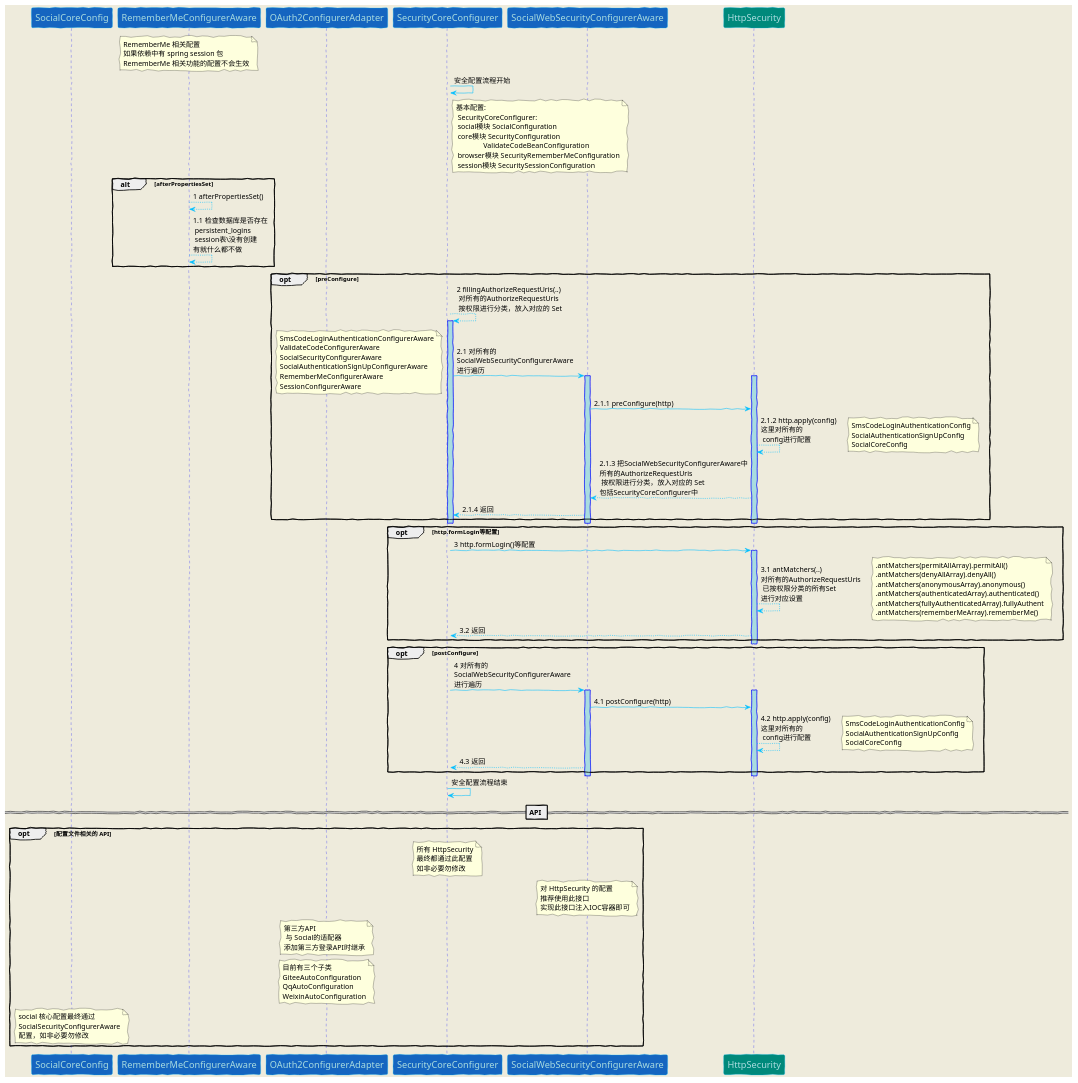
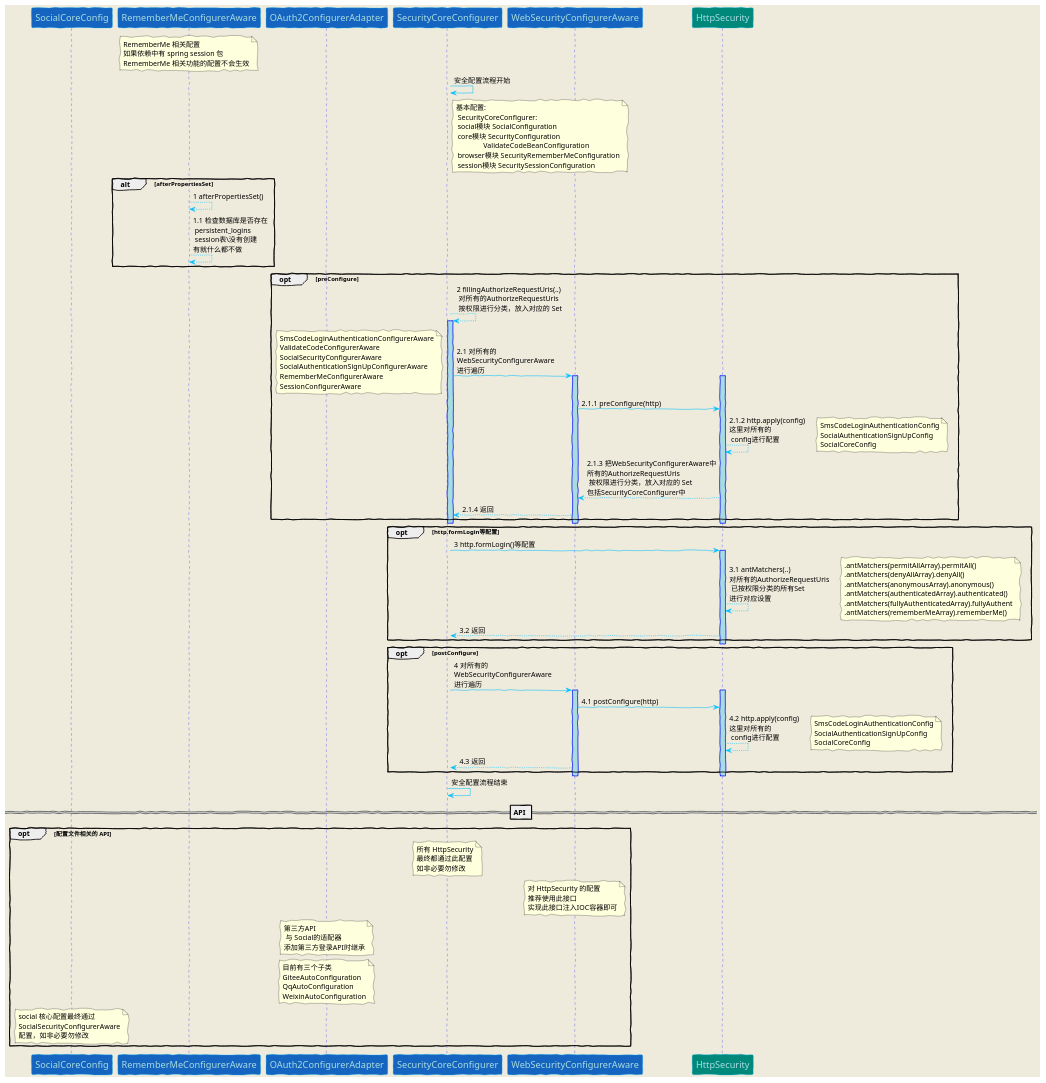
The diagram in doc/scurityConfigurer.puml (ZeroOrInfinity/UMS), drawn with PlantUML before and after one commit. The commit also changed 57 other files, not shown here.

```diff
--- a/doc/scurityConfigurer.puml
+++ b/doc/scurityConfigurer.puml
@@ -1,108 +1,108 @@
 @startuml
 
 skinparam backgroundColor #EEEBDC
 skinparam handwritten true
 skinparam sequence {
 ArrowColor DeepSkyBlue
 ActorBorderColor DeepSkyBlue
 LifeLineBorderColor blue
 LifeLineBackgroundColor #A9DCDF
 ParticipantBorderColor DeepSkyBlue
 ParticipantBackgroundColor #00897b
 ParticipantFontName Impact
 ParticipantFontSize 17
 ParticipantFontColor #A9DCDF
 ActorBackgroundColor aqua
 ActorFontColor DeepSkyBlue
 ActorFontSize 17
 ActorFontName Aapex
 }
 participant "SocialCoreConfig"  #1565c0
 participant "RememberMeConfigurerAware"  #1565c0
 note over RememberMeConfigurerAware: RememberMe 相关配置\n\
 如果依赖中有 spring session 包\n\
 RememberMe 相关功能的配置不会生效
 
 participant "OAuth2ConfigurerAdapter"  #1565c0
 
 participant "SecurityCoreConfigurer" #1565c0
 SecurityCoreConfigurer -> SecurityCoreConfigurer: 安全配置流程开始
 note right SecurityCoreConfigurer: 基本配置:\n SecurityCoreConfigurer: \n\
  social模块 SocialConfiguration\n core模块 SecurityConfiguration\n\
                ValidateCodeBeanConfiguration\n browser模块 SecurityRememberMeConfiguration\n\
  session模块 SecuritySessionConfiguration
 alt afterPropertiesSet
 RememberMeConfigurerAware --> RememberMeConfigurerAware: 1 afterPropertiesSet()
 RememberMeConfigurerAware --> RememberMeConfigurerAware: 1.1 检查数据库是否存在\n persistent_logins\n session表\没有创建\n有就什么都不做
 end
 activate SecurityCoreConfigurer
 opt preConfigure
 SecurityCoreConfigurer --> SecurityCoreConfigurer: 2 fillingAuthorizeRequestUris(..)\n 对所有的AuthorizeRequestUris\n 按权限进行分类，放入对应的 Set
 activate SecurityCoreConfigurer
-participant "SocialWebSecurityConfigurerAware" #1565c0
-SecurityCoreConfigurer -> SocialWebSecurityConfigurerAware: 2.1 对所有的\nSocialWebSecurityConfigurerAware\n进行遍历
+participant "WebSecurityConfigurerAware" #1565c0
+SecurityCoreConfigurer -> WebSecurityConfigurerAware: 2.1 对所有的\nWebSecurityConfigurerAware\n进行遍历
 note left : SmsCodeLoginAuthenticationConfigurerAware\n\
 ValidateCodeConfigurerAware\n\
 SocialSecurityConfigurerAware\n\
 SocialAuthenticationSignUpConfigurerAware\n\
 RememberMeConfigurerAware\n\
 SessionConfigurerAware
-activate SocialWebSecurityConfigurerAware
+activate WebSecurityConfigurerAware
 activate HttpSecurity
-SocialWebSecurityConfigurerAware -> HttpSecurity: 2.1.1 preConfigure(http)
+WebSecurityConfigurerAware -> HttpSecurity: 2.1.1 preConfigure(http)
 HttpSecurity --> HttpSecurity: 2.1.2 http.apply(config)\n这里对所有的\n config进行配置
 note right : SmsCodeLoginAuthenticationConfig\n\
 SocialAuthenticationSignUpConfig\n\
 SocialCoreConfig
-HttpSecurity --> SocialWebSecurityConfigurerAware: 2.1.3 把SocialWebSecurityConfigurerAware中\n所有的AuthorizeRequestUris\n 按权限进行分类，放入对应的 Set\n包括SecurityCoreConfigurer中
-SocialWebSecurityConfigurerAware --> SecurityCoreConfigurer: 2.1.4 返回
+HttpSecurity --> WebSecurityConfigurerAware: 2.1.3 把WebSecurityConfigurerAware中\n所有的AuthorizeRequestUris\n 按权限进行分类，放入对应的 Set\n包括SecurityCoreConfigurer中
+WebSecurityConfigurerAware --> SecurityCoreConfigurer: 2.1.4 返回
 end
 deactivate HttpSecurity
-deactivate SocialWebSecurityConfigurerAware
+deactivate WebSecurityConfigurerAware
 deactivate SecurityCoreConfigurer
 opt http.formLogin等配置
 SecurityCoreConfigurer -> HttpSecurity: 3 http.formLogin()等配置
 activate HttpSecurity
 HttpSecurity --> HttpSecurity: 3.1 antMatchers(..)\n对所有的AuthorizeRequestUris\n 已按权限分类的所有Set\n进行对应设置
 note right : .antMatchers(permitAllArray).permitAll()\n\
 .antMatchers(denyAllArray).denyAll()\n\
 .antMatchers(anonymousArray).anonymous()\n\
 .antMatchers(authenticatedArray).authenticated()\n\
 .antMatchers(fullyAuthenticatedArray).fullyAuthent\n\
 .antMatchers(rememberMeArray).rememberMe()
 HttpSecurity --> SecurityCoreConfigurer: 3.2 返回
 end
 deactivate HttpSecurity
 activate SecurityCoreConfigurer
 opt postConfigure
-SecurityCoreConfigurer -> SocialWebSecurityConfigurerAware: 4 对所有的\nSocialWebSecurityConfigurerAware\n进行遍历
-activate SocialWebSecurityConfigurerAware
+SecurityCoreConfigurer -> WebSecurityConfigurerAware: 4 对所有的\nWebSecurityConfigurerAware\n进行遍历
+activate WebSecurityConfigurerAware
 activate HttpSecurity
-SocialWebSecurityConfigurerAware -> HttpSecurity: 4.1 postConfigure(http)
+WebSecurityConfigurerAware -> HttpSecurity: 4.1 postConfigure(http)
 HttpSecurity --> HttpSecurity: 4.2 http.apply(config)\n这里对所有的\n config进行配置
 note right : SmsCodeLoginAuthenticationConfig\n\
 SocialAuthenticationSignUpConfig\n\
 SocialCoreConfig
 
-SocialWebSecurityConfigurerAware --> SecurityCoreConfigurer: 4.3 返回
+WebSecurityConfigurerAware --> SecurityCoreConfigurer: 4.3 返回
 end
 deactivate HttpSecurity
-deactivate SocialWebSecurityConfigurerAware
+deactivate WebSecurityConfigurerAware
 deactivate SecurityCoreConfigurer
 
 deactivate SecurityCoreConfigurer
 
 SecurityCoreConfigurer -> SecurityCoreConfigurer: 安全配置流程结束
 
 == API ==
 opt 配置文件相关的 API
 note over SecurityCoreConfigurer: 所有 HttpSecurity\n最终都通过此配置\n如非必要勿修改
-note over SocialWebSecurityConfigurerAware: 对 HttpSecurity 的配置\n推荐使用此接口\n实现此接口注入IOC容器即可
+note over WebSecurityConfigurerAware: 对 HttpSecurity 的配置\n推荐使用此接口\n实现此接口注入IOC容器即可
 
 note over OAuth2ConfigurerAdapter: 第三方API\n 与 Social的适配器\n添加第三方登录API时继承
 note over OAuth2ConfigurerAdapter: 目前有三个子类\nGiteeAutoConfiguration\nQqAutoConfiguration\nWeixinAutoConfiguration
 note over SocialCoreConfig: social 核心配置最终通过\nSocialSecurityConfigurerAware\n配置，如非必要勿修改
 
 end
 
 @enduml
```
